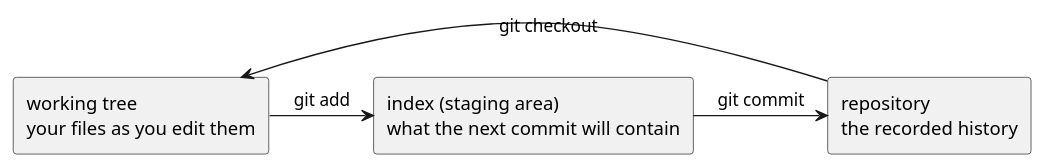
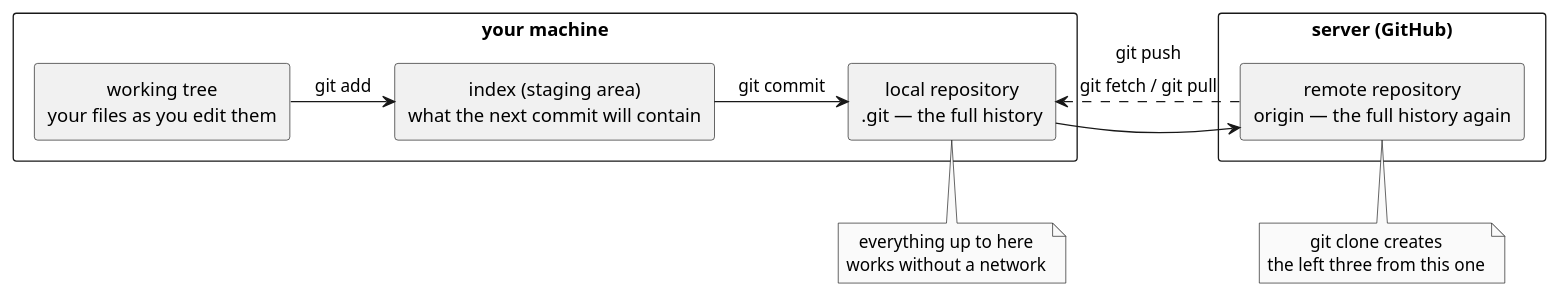
Before and after one commit to htl-leonding-college/curriculum-syp3: the diagram in modules/git-basics/index.adoc, drawn with PlantUML. The commit also changed other lines of this file and 3 other files, not shown here.

First line of the commit message:
feat: show the local/remote architecture in git-basics

```diff
--- a/modules/git-basics/index.adoc
+++ b/modules/git-basics/index.adoc
@@ -29,13 +32,26 @@
-[plantuml,git-three-states,svg]
+[plantuml,git-architecture,svg]
 ----
 @startuml
 skinparam monochrome true
 skinparam shadowing false
-rectangle "working tree\nyour files as you edit them" as W
-rectangle "index (staging area)\nwhat the next commit will contain" as I
-rectangle "repository\nthe recorded history" as R
+skinparam defaultTextAlignment center
+
+rectangle "your machine" {
+  rectangle "working tree\nyour files as you edit them" as W
+  rectangle "index (staging area)\nwhat the next commit will contain" as I
+  rectangle "local repository\n.git — the full history" as L
+}
+
+rectangle "server (GitHub)" {
+  rectangle "remote repository\norigin — the full history again" as R
+}
+
 W -right-> I : git add
-I -right-> R : git commit
-R -left-> W : git checkout
+I -right-> L : git commit
+L -right-> R : git push
+R -[dashed]left-> L : git fetch / git pull
+
+note bottom of L : everything up to here\nworks without a network
+note bottom of R : git clone creates\nthe left three from this one
 @enduml
 ----
```
